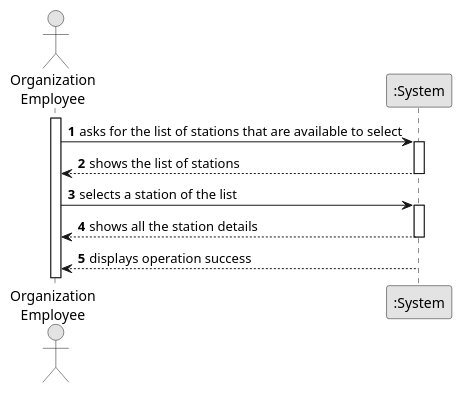
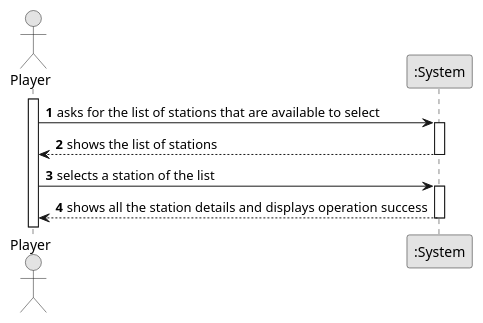
One commit to 1240935/pi2-railway-simulator changed the diagram in docsFinais/US007/01.requirements-engineering/puml/US007-SSD.puml. Above: the diagram before and after it, drawn with PlantUML. The commit also changed 21 other files, not shown here.

```diff
--- a/docsFinais/US007/01.requirements-engineering/puml/US007-SSD.puml
+++ b/docsFinais/US007/01.requirements-engineering/puml/US007-SSD.puml
@@ -1,29 +1,25 @@
 @startuml
 skinparam monochrome true
 skinparam packageStyle rectangle
 skinparam shadowing false
 
 autonumber
 
-actor "Organization\nEmployee" as Employee
+actor "Player" as Employee
 participant ":System" as System
 
 activate Employee
 
     Employee -> System : asks for the list of stations that are available to select
     activate System
 
         System --> Employee : shows the list of stations
     deactivate System
 
     Employee -> System : selects a station of the list
     activate System
 
-        System --> Employee : shows all the station details
+        System --> Employee : shows all the station details and displays operation success
     deactivate System
 
- 
-
-        System --> Employee : displays operation success
-    deactivate System
 @enduml
```
